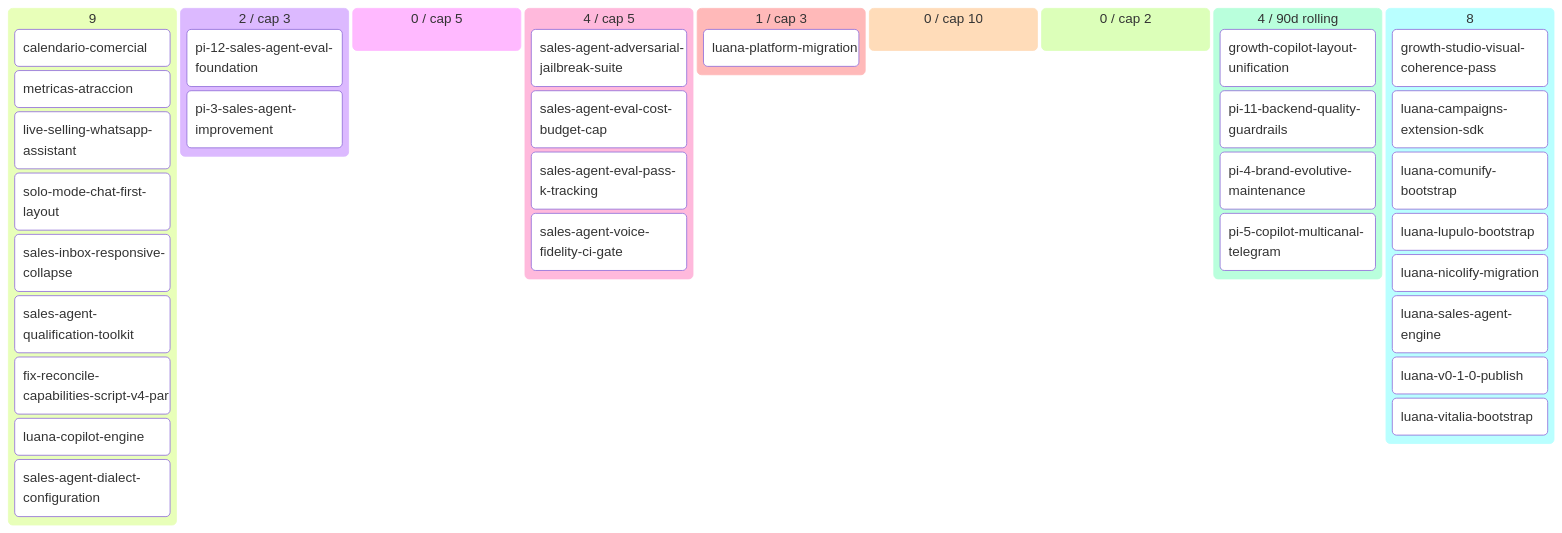
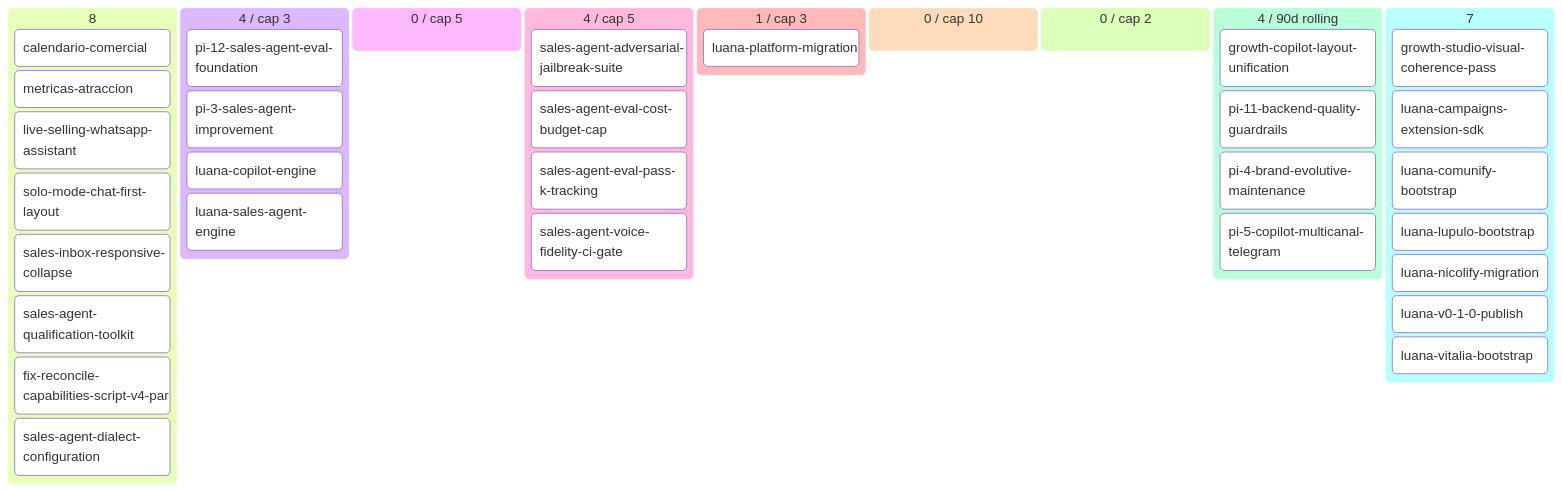
The diagram in docs/product/BACKLOG.md (alpacapurpura/ap_sales_agent), drawn with Mermaid before and after one commit. The commit also changed other lines of this file and 4 other files, not shown here.

First line of the commit message:
docs(luana-platform): session 3 open — Stories 6+7 refining state + pre-auth ratified

````diff
--- a/docs/product/BACKLOG.md
+++ b/docs/product/BACKLOG.md
@@ -66,40 +66,40 @@
 ```mermaid
 kanban
-  💡 Ideas (9)
+  💡 Ideas (8)
     calendario-comercial[calendario-comercial]
     metricas-atraccion[metricas-atraccion]
     live-selling-whatsapp-assistan[live-selling-whatsapp-assistant]
     solo-mode-chat-first-layout[solo-mode-chat-first-layout]
     sales-inbox-responsive-collaps[sales-inbox-responsive-collapse]
     sales-agent-qualification-tool[sales-agent-qualification-toolkit]
     fix-reconcile-capabilities-scr[fix-reconcile-capabilities-script-v4-par]
-    luana-copilot-engine[luana-copilot-engine]
     sales-agent-dialect-configurat[sales-agent-dialect-configuration]
-  🔬 Refining (2 / cap 3)
+  🔬 Refining (4 / cap 3)
     pi-12-sales-agent-eval-foundat[pi-12-sales-agent-eval-foundation]
     pi-3-sales-agent-improvement[pi-3-sales-agent-improvement]
+    luana-copilot-engine[luana-copilot-engine]
+    luana-sales-agent-engine[luana-sales-agent-engine]
   ✅ Refined (0 / cap 5)
   📦 Ready (4 / cap 5)
     sales-agent-adversarial-jailbr[sales-agent-adversarial-jailbreak-suite]
     sales-agent-eval-cost-budget-c[sales-agent-eval-cost-budget-cap]
     sales-agent-eval-pass-k-tracki[sales-agent-eval-pass-k-tracking]
     sales-agent-voice-fidelity-ci-[sales-agent-voice-fidelity-ci-gate]
   🔨 Developing (1 / cap 3)
     luana-platform-migration[luana-platform-migration]
   🧪 Developed (0 / cap 10)
   🔍 Reviewing (0 / cap 2)
   ✅ Done (4 / 90d rolling)
     growth-copilot-layout-unificat[growth-copilot-layout-unification]
     pi-11-backend-quality-guardrai[pi-11-backend-quality-guardrails]
     pi-4-brand-evolutive-maintenan[pi-4-brand-evolutive-maintenance]
     pi-5-copilot-multicanal-telegr[pi-5-copilot-multicanal-telegram]
-  🅿 Parked (8)
+  🅿 Parked (7)
     growth-studio-visual-coherence[growth-studio-visual-coherence-pass]
     luana-campaigns-extension-sdk[luana-campaigns-extension-sdk]
     luana-comunify-bootstrap[luana-comunify-bootstrap]
     luana-lupulo-bootstrap[luana-lupulo-bootstrap]
     luana-nicolify-migration[luana-nicolify-migration]
-    luana-sales-agent-engine[luana-sales-agent-engine]
     luana-v0-1-0-publish[luana-v0-1-0-publish]
     luana-vitalia-bootstrap[luana-vitalia-bootstrap]
 ```
````
